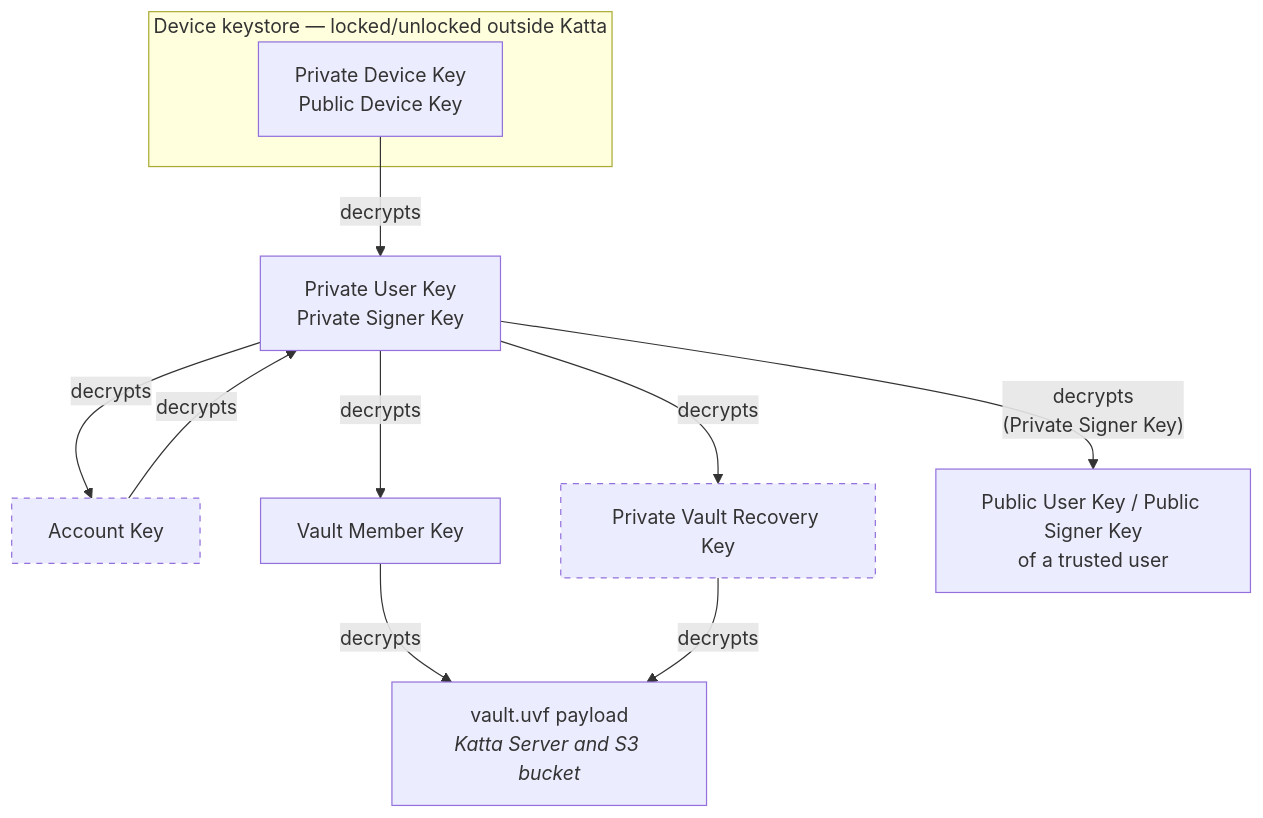
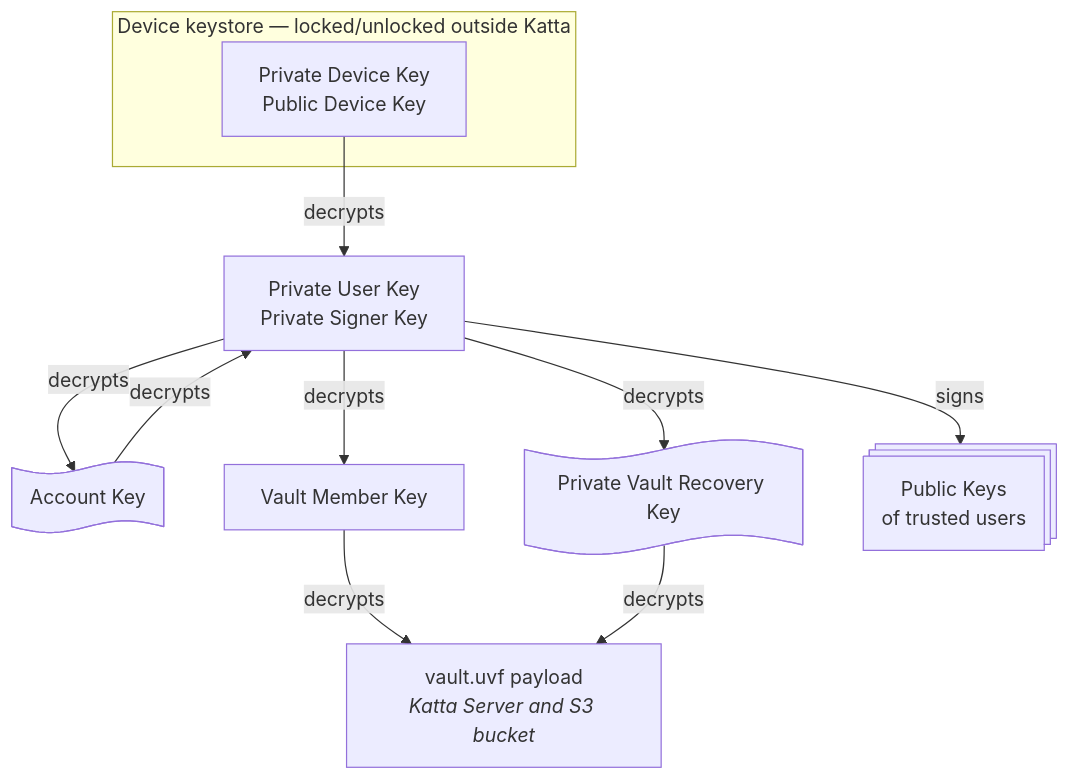
The diagram in docs/architecture/security.md (shift7-ch/katta-docs), drawn with Mermaid before and after one commit. The commit also changed other lines of this file, not shown here.

Commit message:
fix terminology within "Keys" mermaid diagram (#41)

````diff
--- a/docs/architecture/security.md
+++ b/docs/architecture/security.md
@@ -30,25 +30,22 @@
 ```mermaid
 flowchart TB
     subgraph keystore["Device keystore — locked/unlocked outside Katta"]
         devkey["Private Device Key<br/>Public Device Key"]
     end
 
     userkeys["Private User Key<br/>Private Signer Key"]
-    accoukey["Account Key"]
+    accoukey["Account Key"]@{shape: paper-tape}
     membekey["Vault Member Key"]
-    recovkey["Private Vault Recovery Key"]
-    trusted["Public User Key / Public Signer Key<br/>of a trusted user"]
+    recovkey["Private Vault Recovery Key"]@{shape: paper-tape}
+    trusted["Public Keys<br/>of trusted users"]@{shape: procs}
     uvf["vault.uvf payload<br/><i>Katta Server and S3 bucket</i>"]
 
     devkey -- decrypts --> userkeys
     accoukey -- decrypts --> userkeys
     userkeys -- decrypts --> accoukey
     userkeys -- decrypts --> membekey
     userkeys -- decrypts --> recovkey
-    userkeys -- "decrypts<br/>(Private Signer Key)" --> trusted
+    userkeys -- signs --> trusted
     membekey -- decrypts --> uvf
     recovkey -- decrypts --> uvf
-
-    classDef outside stroke-dasharray:5 5
-    class accoukey,recovkey outside
 ```
````
